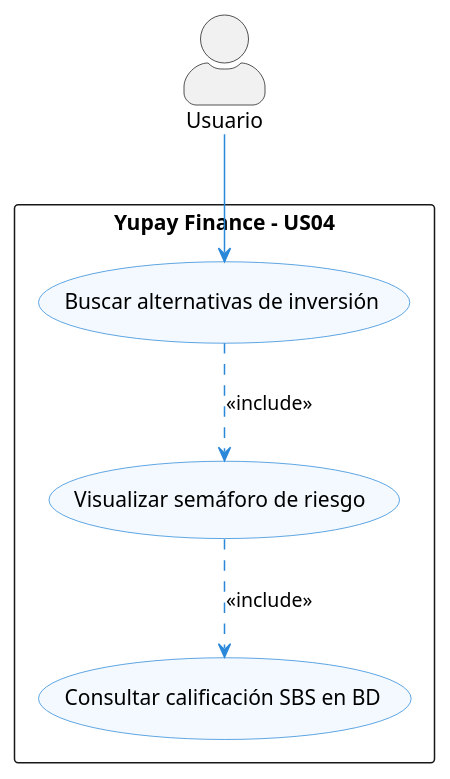
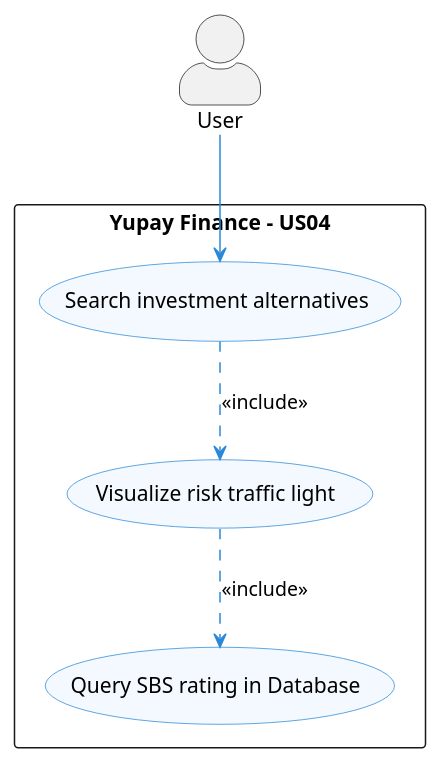
One commit to Rhoy16/yupay-finance-docs changed the diagram in VisualizarSemaforoRiesgoCUS.puml. Above: the diagram before and after it, drawn with PlantUML. The commit also changed 21 other files, not shown here.

Commit message:
Refactor UML diagrams: translate to English and apply standard naming conventions

```diff
--- a/VisualizarSemaforoRiesgoCUS.puml
+++ b/VisualizarSemaforoRiesgoCUS.puml
@@ -1,27 +1,27 @@
 @startuml "Casos de Uso - Visualizar Semáforo de Riesgo"
 
 ' Estilo profesional y limpio
 skinparam actorStyle awesome
 skinparam packageStyle rectangle
 skinparam usecase {
     BackgroundColor #F3F9FF
     BorderColor #2B88D9
     ArrowColor #2B88D9
     ActorBorderColor #2B88D9
     ActorBackgroundColor #F3F9FF
 }
 
-actor "Usuario" as user
+actor "User" as user
 
 package "Yupay Finance - US04" {
-    usecase "Buscar alternativas de inversión" as UC_buscar
-    usecase "Visualizar semáforo de riesgo" as UC_semaforo
-    usecase "Consultar calificación SBS en BD" as UC_bd
+    usecase "Search investment alternatives" as UC_buscar
+    usecase "Visualize risk traffic light" as UC_semaforo
+    usecase "Query SBS rating in Database" as UC_bd
 }
 
 user --> UC_buscar
 
 UC_buscar ..> UC_semaforo : <<include>>
 UC_semaforo ..> UC_bd : <<include>>
 
 @enduml
```
